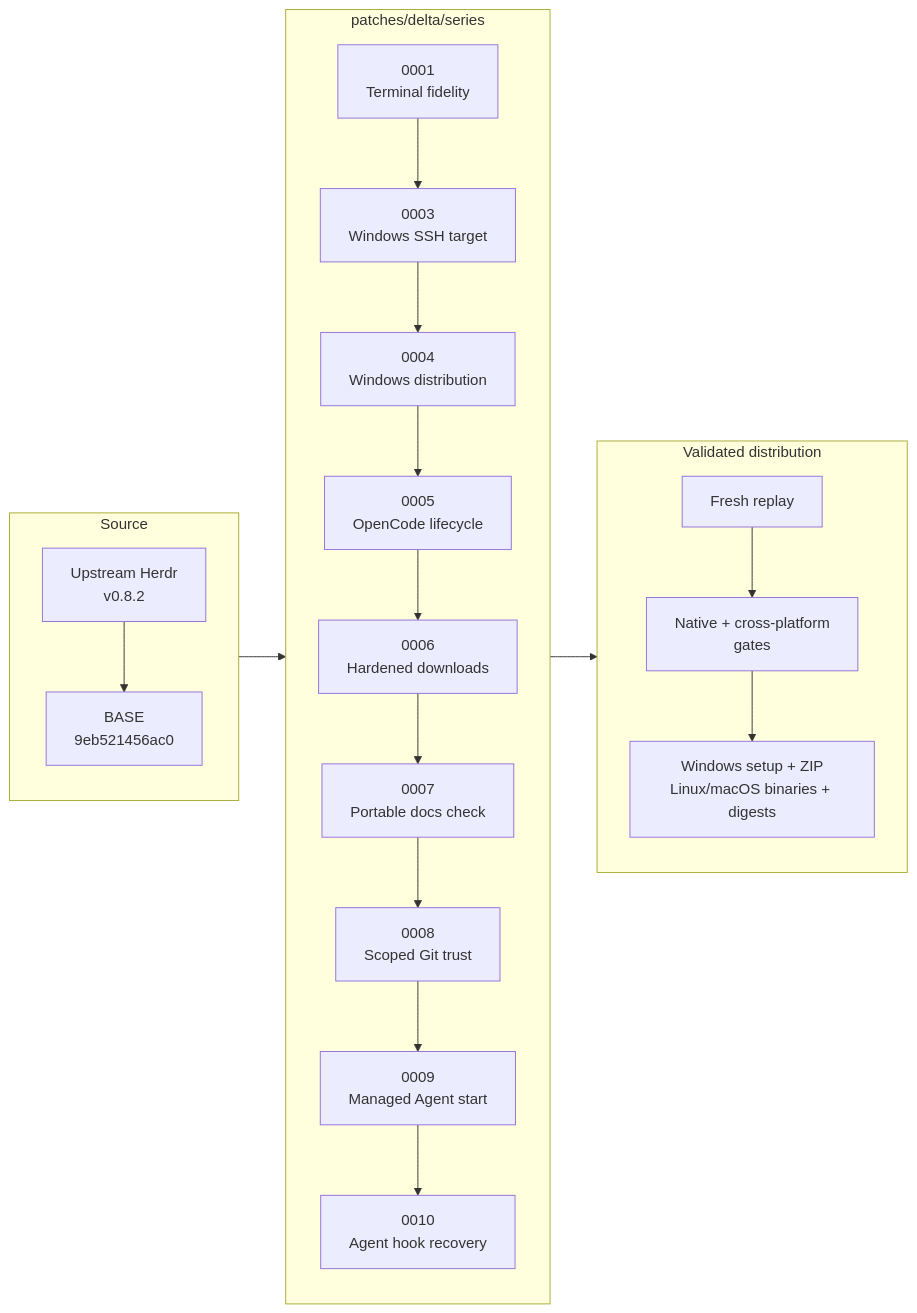
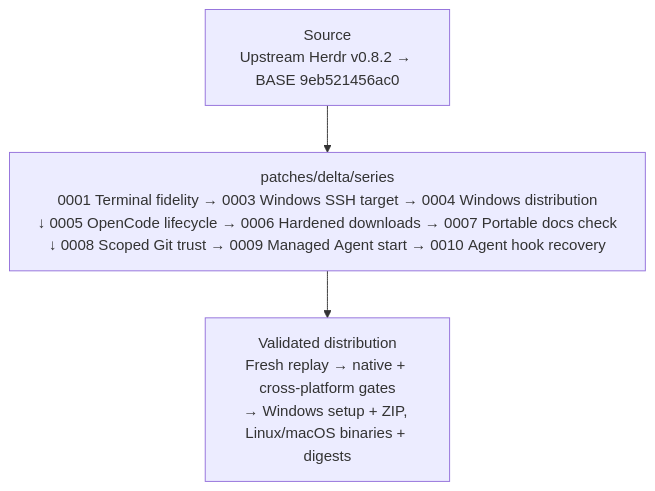
One commit to hdosys/herdr-win changed the diagram in README.md. Above: the diagram before and after it, drawn with Mermaid. The commit also changed 5 other files, not shown here.

Commit message:
feat(workflow): validate refresh prefixes and README diagrams

````diff
--- a/README.md
+++ b/README.md
@@ -76,28 +76,7 @@
 ```mermaid
-flowchart LR
-    subgraph S["Source"]
-        direction TB
-        U["Upstream Herdr<br/>v0.8.2"] --> B["BASE<br/>9eb521456ac0"]
-    end
-
-    subgraph Q["patches/delta/series"]
-        direction TB
-        P1["0001<br/>Terminal fidelity"] --> P3["0003<br/>Windows SSH target"]
-        P3 --> P4["0004<br/>Windows distribution"]
-        P4 --> P5["0005<br/>OpenCode lifecycle"]
-        P5 --> P6["0006<br/>Hardened downloads"]
-        P6 --> P7["0007<br/>Portable docs check"]
-        P7 --> P8["0008<br/>Scoped Git trust"]
-        P8 --> P9["0009<br/>Managed Agent start"]
-        P9 --> P10["0010<br/>Agent hook recovery"]
-    end
-
-    subgraph V["Validated distribution"]
-        direction TB
-        R["Fresh replay"] --> G["Native + cross-platform<br/>gates"]
-        G --> A["Windows setup + ZIP<br/>Linux/macOS binaries + digests"]
-    end
-
-    B --> P1
-    P10 --> R
+flowchart TB
+    S["Source<br/>Upstream Herdr v0.8.2 → BASE 9eb521456ac0"]
+    Q["patches/delta/series<br/>0001&nbsp;Terminal&nbsp;fidelity&nbsp;→&nbsp;0003&nbsp;Windows&nbsp;SSH&nbsp;target&nbsp;→&nbsp;0004&nbsp;Windows&nbsp;distribution<br/>↓&nbsp;0005&nbsp;OpenCode&nbsp;lifecycle&nbsp;→&nbsp;0006&nbsp;Hardened&nbsp;downloads&nbsp;→&nbsp;0007&nbsp;Portable&nbsp;docs&nbsp;check<br/>↓&nbsp;0008&nbsp;Scoped&nbsp;Git&nbsp;trust&nbsp;→&nbsp;0009&nbsp;Managed&nbsp;Agent&nbsp;start&nbsp;→&nbsp;0010&nbsp;Agent&nbsp;hook&nbsp;recovery"]
+    V["Validated distribution<br/>Fresh replay → native + cross-platform gates<br/>→ Windows setup + ZIP, Linux/macOS binaries + digests"]
+    S --> Q --> V
 ```
````
